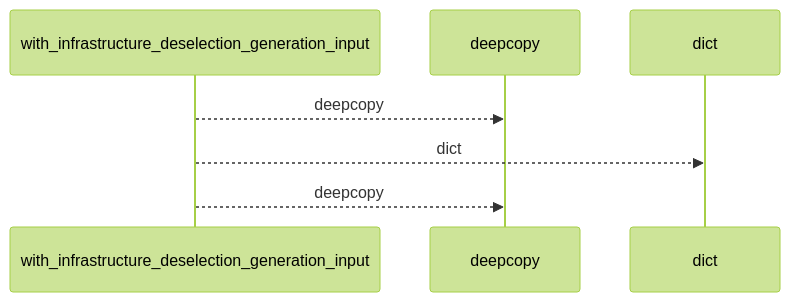
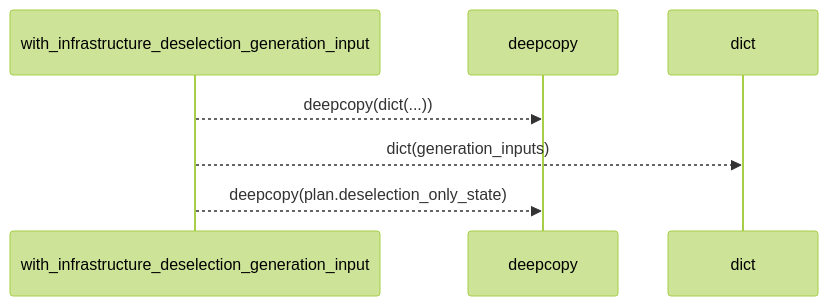
One commit to Denissvgn/python-wiki-llm changed the first of 2 diagrams in docs/llm_wiki/flows/api-with_infrastructure_deselection_generation_input.md. Above: the diagram before and after it, drawn with Mermaid (forest theme). The commit also changed other lines of this file and 1410 other files, not shown here.

````diff
--- a/docs/llm_wiki/flows/api-with_infrastructure_deselection_generation_input.md
+++ b/docs/llm_wiki/flows/api-with_infrastructure_deselection_generation_input.md
@@ -10,9 +12,9 @@
 ```mermaid
 sequenceDiagram
     participant p0 as with_infrastructure_deselection_generation_input
     participant p1 as deepcopy
     participant p2 as dict
-    p0-->>p1: deepcopy
-    p0-->>p2: dict
-    p0-->>p1: deepcopy
+    p0-->>p1: deepcopy(dict(...))
+    p0-->>p2: dict(generation_inputs)
+    p0-->>p1: deepcopy(plan.deselection_only_state)
 ```
````
